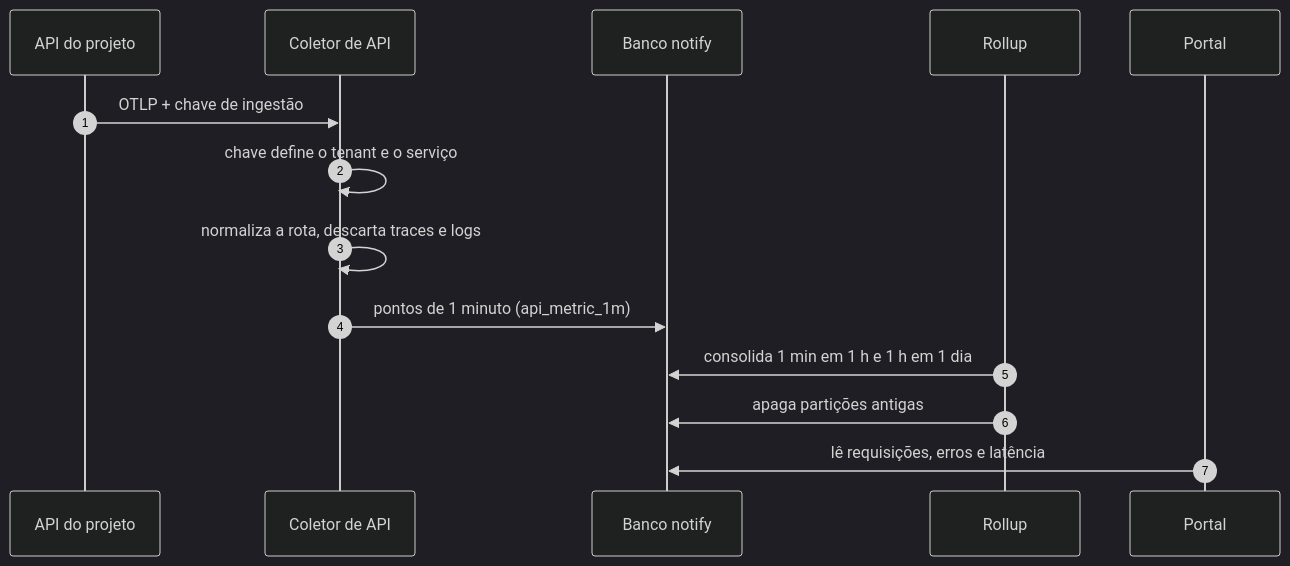
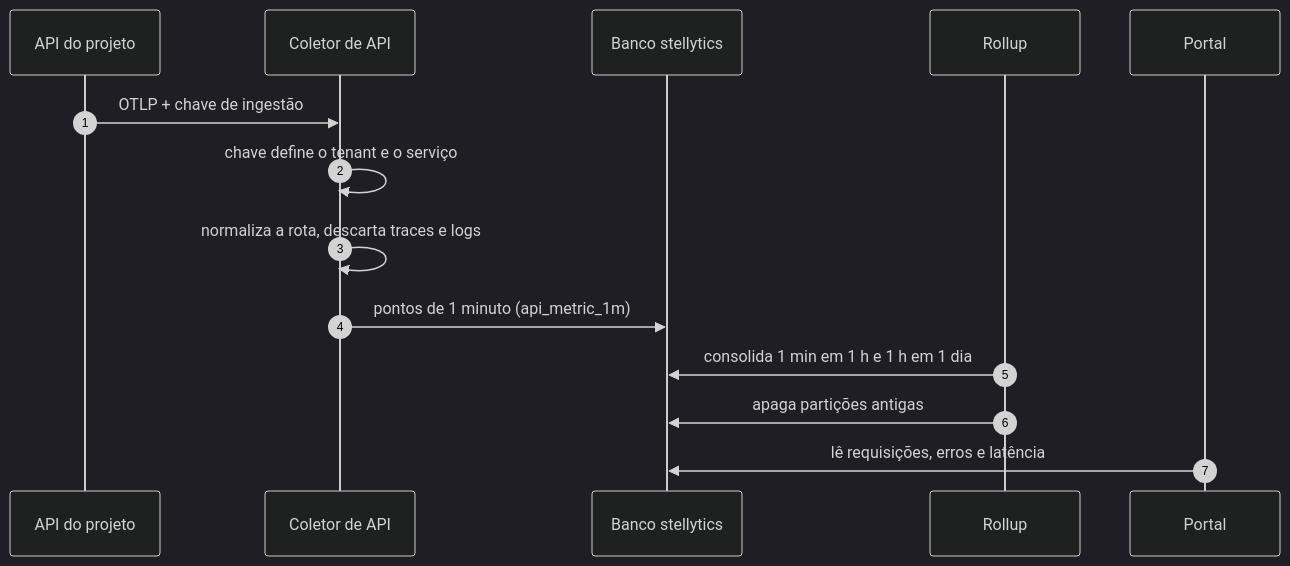
Before and after one commit to manucadev81/stellytics: the third of 3 diagrams in docs/arquitetura.md, drawn with Mermaid (dark theme). The commit also changed other lines of this file and 139 other files, not shown here.

First line of the commit message:
docs: rename notify to stellytics across the repository

````diff
--- a/docs/arquitetura.md
+++ b/docs/arquitetura.md
@@ -88,17 +88,17 @@
 ```mermaid
 sequenceDiagram
   autonumber
   participant A as API do projeto
   participant C as Coletor de API
-  participant D as Banco notify
+  participant D as Banco stellytics
   participant R as Rollup
   participant P as Portal
 
   A->>C: OTLP + chave de ingestão
   C->>C: chave define o tenant e o serviço
   C->>C: normaliza a rota, descarta traces e logs
   C->>D: pontos de 1 minuto (api_metric_1m)
   R->>D: consolida 1 min em 1 h e 1 h em 1 dia
   R->>D: apaga partições antigas
   P->>D: lê requisições, erros e latência
 ```
````
